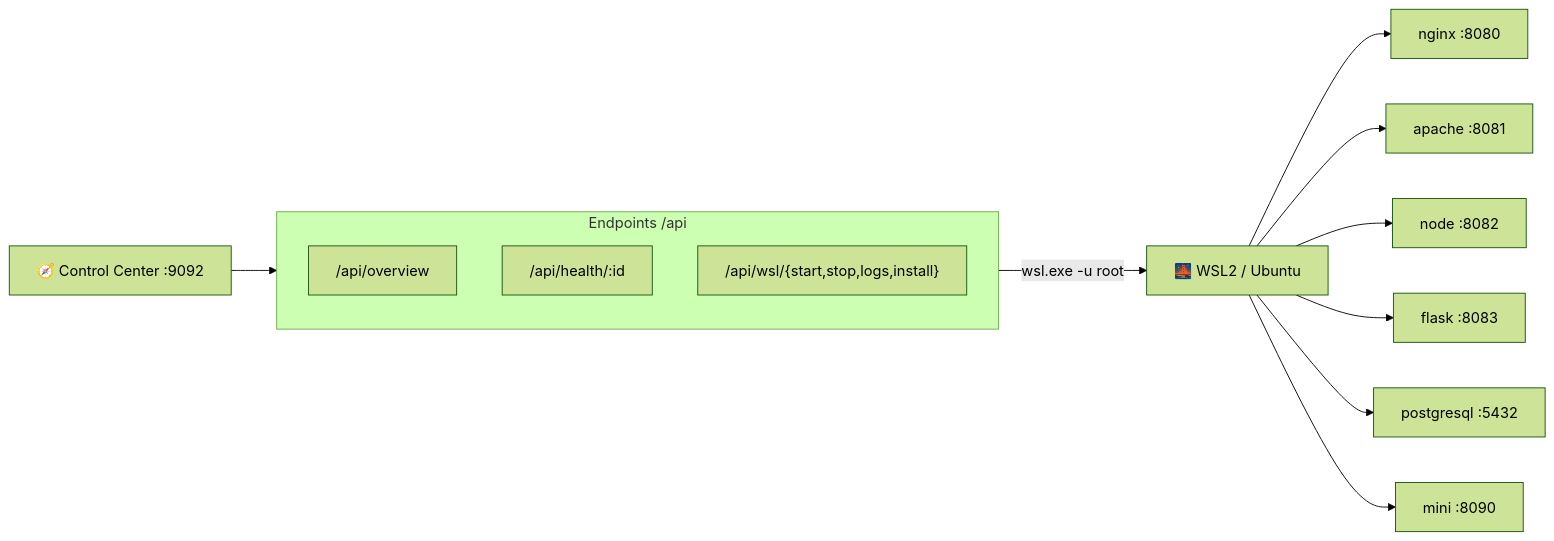
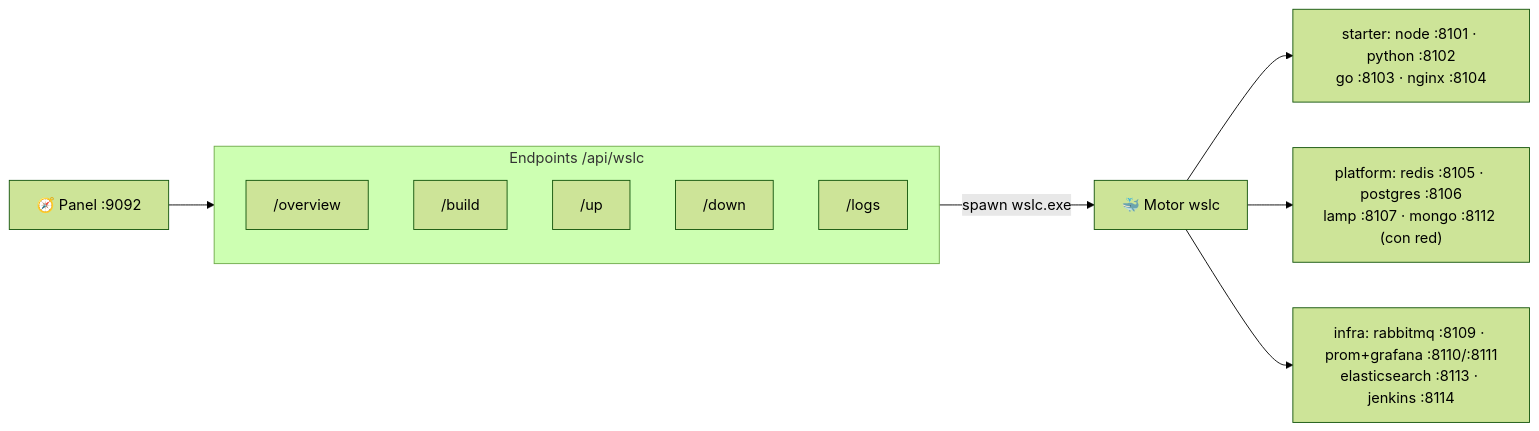
The diagram in docs/TECHNICAL_SPECS.md (vladimiracunadev-create/wsl-labs), drawn with Mermaid (forest theme) before and after one commit. The commit also changed other lines of this file and 90 other files, not shown here.

````diff
--- a/docs/TECHNICAL_SPECS.md
+++ b/docs/TECHNICAL_SPECS.md
@@ -12,17 +12,16 @@
 ```mermaid
 flowchart LR
-    Panel["🧭 Control Center :9092"]
-    subgraph API["Endpoints /api"]
-        OV["/api/overview"]
-        HE["/api/health/:id"]
-        WSL["/api/wsl/{start,stop,logs,install}"]
+    Panel["🧭 Panel :9092"]
+    subgraph API["Endpoints /api/wslc"]
+        OV["/overview"]
+        BU["/build"]
+        UP["/up"]
+        DN["/down"]
+        LG["/logs"]
     end
     Panel --> API
-    API -->|"wsl.exe -u root"| Bridge["🌉 WSL2 / Ubuntu"]
-    Bridge --> NGINX["nginx :8080"]
-    Bridge --> APACHE["apache :8081"]
-    Bridge --> NODE["node :8082"]
-    Bridge --> FLASK["flask :8083"]
-    Bridge --> PG["postgresql :5432"]
-    Bridge --> MINI["mini :8090"]
+    API -->|"spawn wslc.exe"| Engine["🐳 Motor wslc"]
+    Engine --> S1["starter: node :8101 · python :8102<br/>go :8103 · nginx :8104"]
+    Engine --> S2["platform: redis :8105 · postgres :8106<br/>lamp :8107 · mongo :8112 (con red)"]
+    Engine --> S3["infra: rabbitmq :8109 · prom+grafana :8110/:8111<br/>elasticsearch :8113 · jenkins :8114"]
 ```
````
